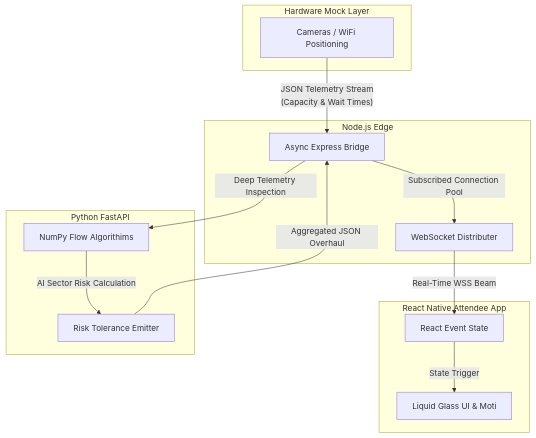
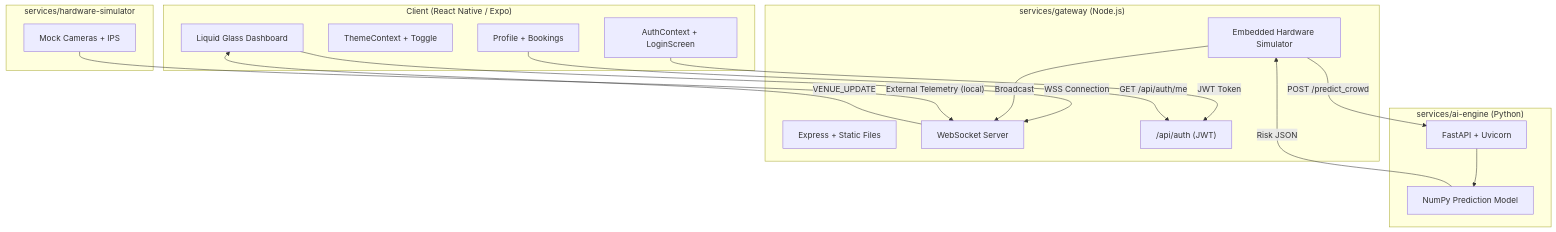
The diagram in README.md (pratyush06-aec/promptwar_google), drawn with Mermaid before and after one commit. The commit also changed other lines of this file and 43 other files, not shown here.

First line of the commit message:
feat: restructure project, add OAuth auth system, dark/light theme toggle, tests, and CONTRIBUTING.md

````diff
--- a/README.md
+++ b/README.md
@@ -32,30 +33,35 @@
 ```mermaid
 graph TD
-    subgraph Frontend [React Native Attendee App]
-        UI[Liquid Glass UI & Moti]
-        Context[React Event State]
+    subgraph Client ["Client (React Native / Expo)"]
+        Auth[AuthContext + LoginScreen]
+        Theme[ThemeContext + Toggle]
+        UI[Liquid Glass Dashboard]
+        Profile[Profile + Bookings]
     end
 
-    subgraph Internal_Gateway [Node.js Edge ]
-        WS[WebSocket Distributer]
-        Proxy[Async Express Bridge]
+    subgraph Gateway ["services/gateway (Node.js)"]
+        Express[Express + Static Files]
+        WS[WebSocket Server]
+        AuthAPI["/api/auth (JWT)"]
+        HWLoop[Embedded Hardware Simulator]
     end
 
-    subgraph AI_Engine [Python FastAPI]
-        Model[NumPy Flow Algorithims]
-        Risk[Risk Tolerance Emitter]
+    subgraph AI ["services/ai-engine (Python)"]
+        FastAPI[FastAPI + Uvicorn]
+        Model[NumPy Prediction Model]
     end
 
-    subgraph IoT_Hardware [Hardware Mock Layer]
-        Sensors[Cameras / WiFi Positioning]
+    subgraph HW ["services/hardware-simulator"]
+        Sensors[Mock Cameras + IPS]
     end
 
-    %% Data Flow
-    Sensors -- "JSON Telemetry Stream\n(Capacity & Wait Times)" --> Proxy
-    Proxy -- "Deep Telemetry Inspection" --> Model
-    Model -- "AI Sector Risk Calculation" --> Risk
-    Risk -- "Aggregated JSON Overhaul" --> Proxy
-    Proxy -- "Subscribed Connection Pool" --> WS
-    WS -- "Real-Time WSS Beam" --> Context
-    Context -- "State Trigger" --> UI
+    Auth -->|"JWT Token"| AuthAPI
+    UI -->|"WSS Connection"| WS
+    Profile -->|"GET /api/auth/me"| AuthAPI
+    HWLoop -->|"POST /predict_crowd"| FastAPI
+    FastAPI --> Model
+    Model -->|"Risk JSON"| HWLoop
+    HWLoop -->|"Broadcast"| WS
+    WS -->|"VENUE_UPDATE"| UI
+    Sensors -->|"External Telemetry (local)"| WS
 ```
````
